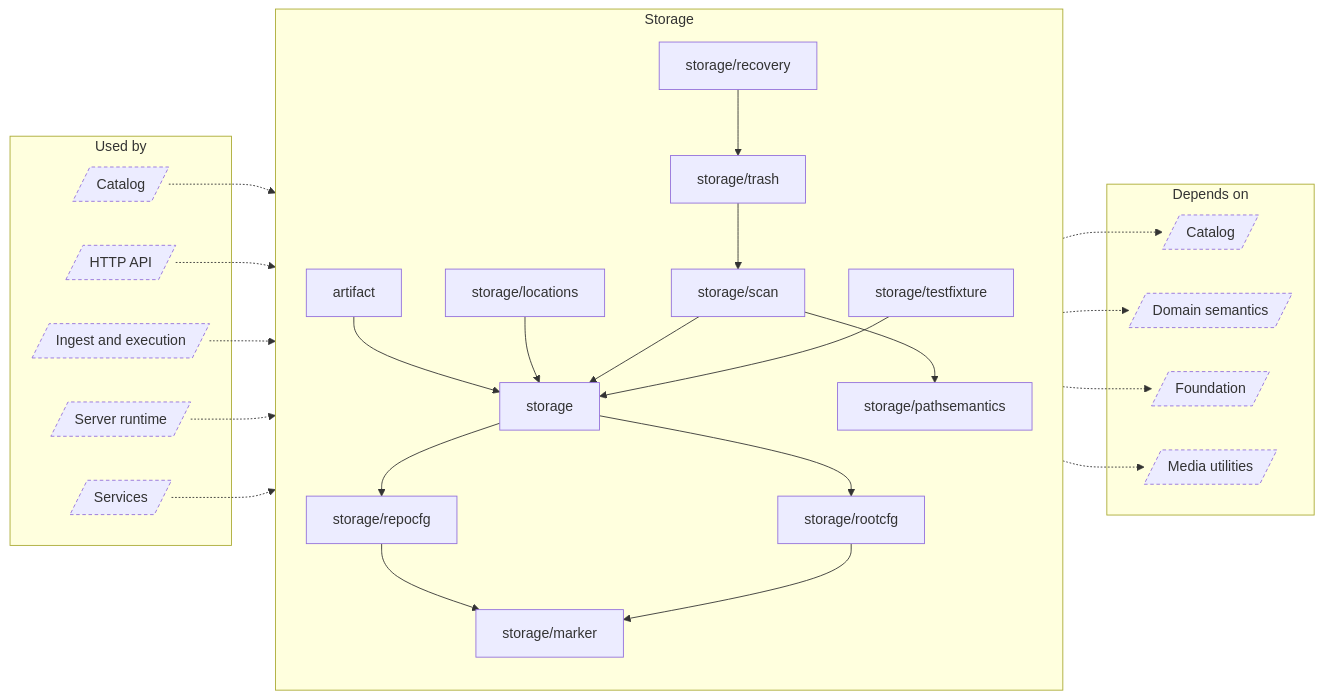
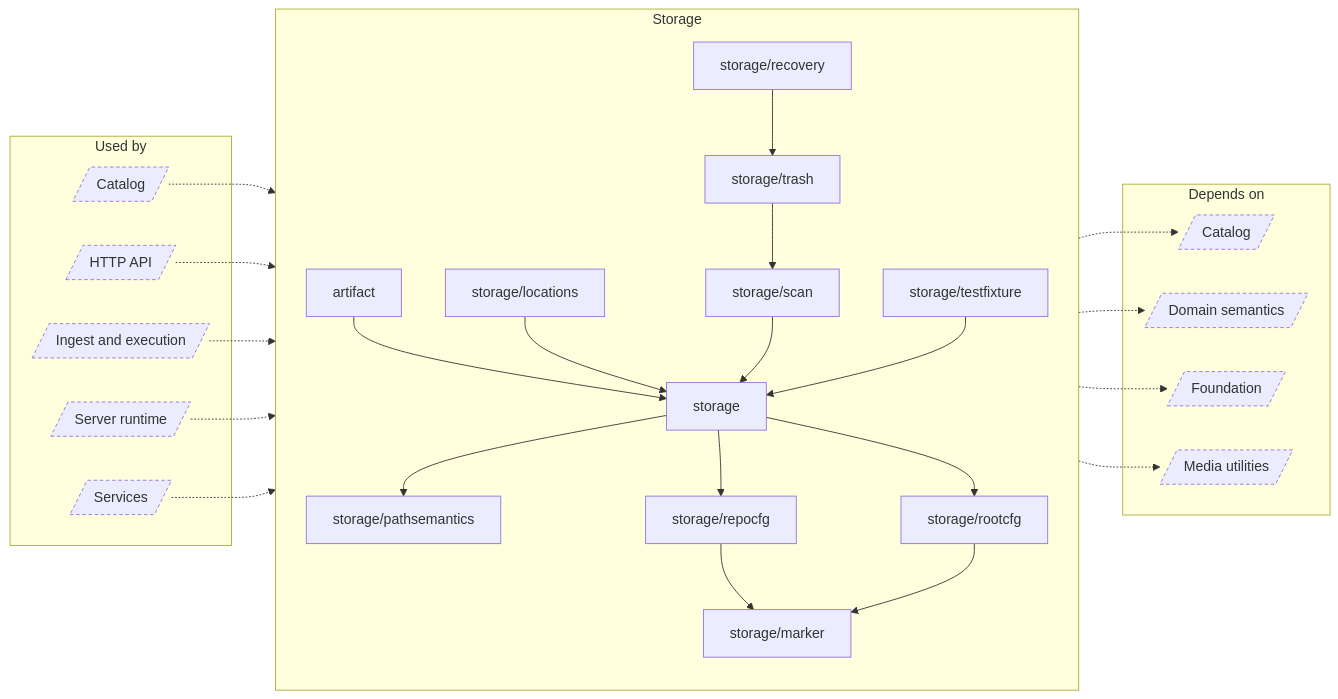
One commit to EdwinZhanCN/Lumilio-Photos changed the diagram in docs/atlas/generated/architecture/group-storage.md. Above: the diagram before and after it, drawn with Mermaid. The commit also changed 101 other files, not shown here.

````diff
--- a/docs/atlas/generated/architecture/group-storage.md
+++ b/docs/atlas/generated/architecture/group-storage.md
@@ -9,51 +9,51 @@
 ```mermaid
 flowchart LR
     subgraph n_g_Used_by["Used by"]
         n_in_catalog[/"Catalog"/]
         n_in_http[/"HTTP API"/]
         n_in_ingest[/"Ingest and execution"/]
         n_in_runtime[/"Server runtime"/]
         n_in_service[/"Services"/]
     end
     subgraph n_g_Storage["Storage"]
         n_server_internal_artifact["artifact"]
         n_server_internal_storage["storage"]
         n_server_internal_storage_locations["storage/locations"]
         n_server_internal_storage_marker["storage/marker"]
         n_server_internal_storage_pathsemantics["storage/pathsemantics"]
         n_server_internal_storage_recovery["storage/recovery"]
         n_server_internal_storage_repocfg["storage/repocfg"]
         n_server_internal_storage_rootcfg["storage/rootcfg"]
         n_server_internal_storage_scan["storage/scan"]
         n_server_internal_storage_testfixture["storage/testfixture"]
         n_server_internal_storage_trash["storage/trash"]
     end
     subgraph n_g_Depends_on["Depends on"]
         n_out_catalog[/"Catalog"/]
         n_out_domain[/"Domain semantics"/]
         n_out_foundation[/"Foundation"/]
         n_out_media[/"Media utilities"/]
     end
     n_in_catalog -.-> n_g_Storage
     n_in_http -.-> n_g_Storage
     n_in_ingest -.-> n_g_Storage
     n_in_runtime -.-> n_g_Storage
     n_in_service -.-> n_g_Storage
     n_server_internal_artifact --> n_server_internal_storage
+    n_server_internal_storage --> n_server_internal_storage_pathsemantics
     n_server_internal_storage --> n_server_internal_storage_repocfg
     n_server_internal_storage --> n_server_internal_storage_rootcfg
     n_server_internal_storage_locations --> n_server_internal_storage
     n_server_internal_storage_recovery --> n_server_internal_storage_trash
     n_server_internal_storage_repocfg --> n_server_internal_storage_marker
     n_server_internal_storage_rootcfg --> n_server_internal_storage_marker
     n_server_internal_storage_scan --> n_server_internal_storage
-    n_server_internal_storage_scan --> n_server_internal_storage_pathsemantics
     n_server_internal_storage_testfixture --> n_server_internal_storage
     n_server_internal_storage_trash --> n_server_internal_storage_scan
     n_g_Storage -.-> n_out_catalog
     n_g_Storage -.-> n_out_domain
     n_g_Storage -.-> n_out_foundation
     n_g_Storage -.-> n_out_media
     classDef external stroke-dasharray:4 3
     class n_in_catalog,n_in_http,n_in_ingest,n_in_runtime,n_in_service,n_out_catalog,n_out_domain,n_out_foundation,n_out_media external
 ```
````
